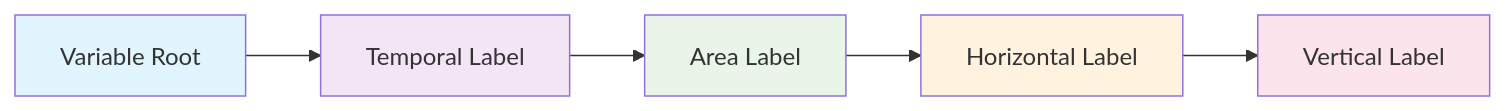
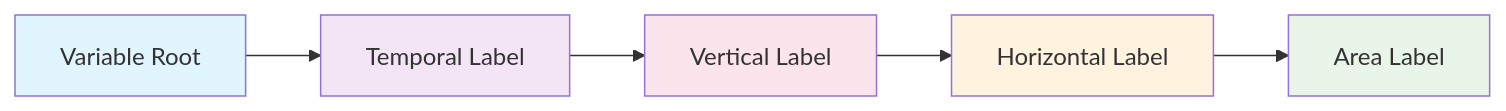
One commit to WCRP-CMIP/Variable-Registry changed the diagram in docs/branded-identifier/01-what-is-branded-identifier.md. Above: the diagram before and after it, drawn with Mermaid. The commit also changed other lines of this file and 1032 other files, not shown here.

````diff
--- a/docs/branded-identifier/01-what-is-branded-identifier.md
+++ b/docs/branded-identifier/01-what-is-branded-identifier.md
@@ -18,13 +15,13 @@
 ```mermaid
 graph LR
     A[Variable Root] --> B[Temporal Label]
-    B --> C[Area Label]  
+    B --> C[Vertical Label]  
     C --> D[Horizontal Label]
-    D --> E[Vertical Label]
+    D --> E[Area Label]
     
     style A fill:#e1f5fe
     style B fill:#f3e5f5
-    style C fill:#e8f5e8
+    style C fill:#fce4ec
     style D fill:#fff3e0
-    style E fill:#fce4ec
+    style E fill:#e8f5e8
 ```
````
